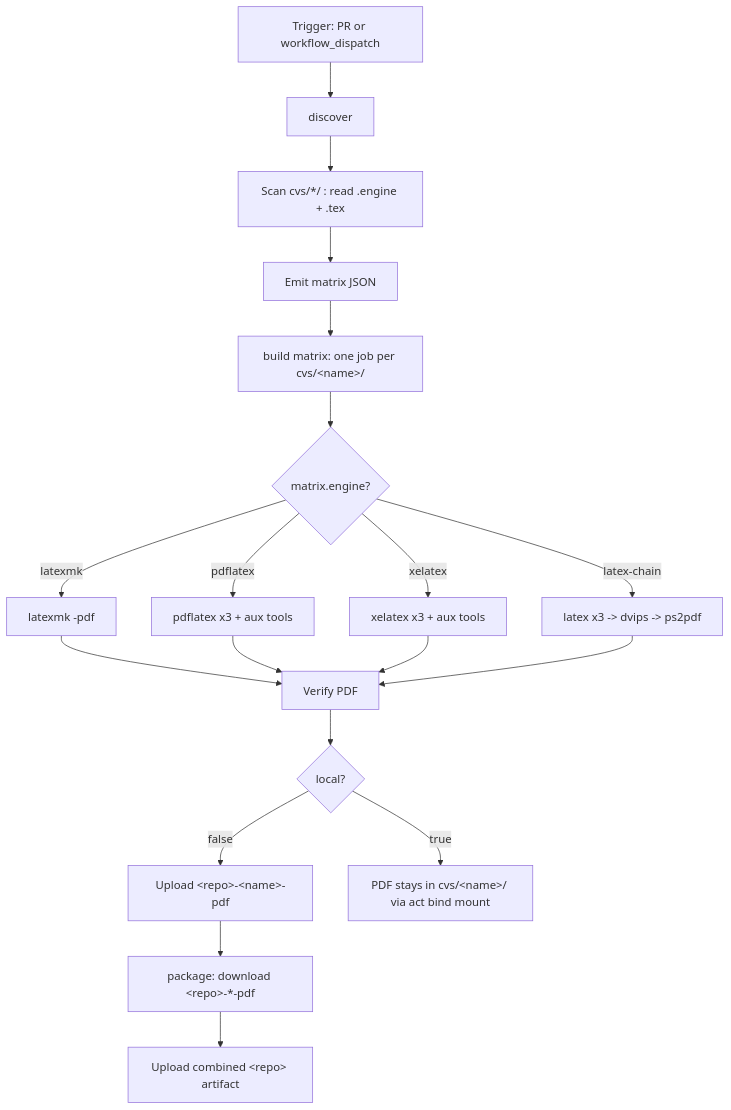
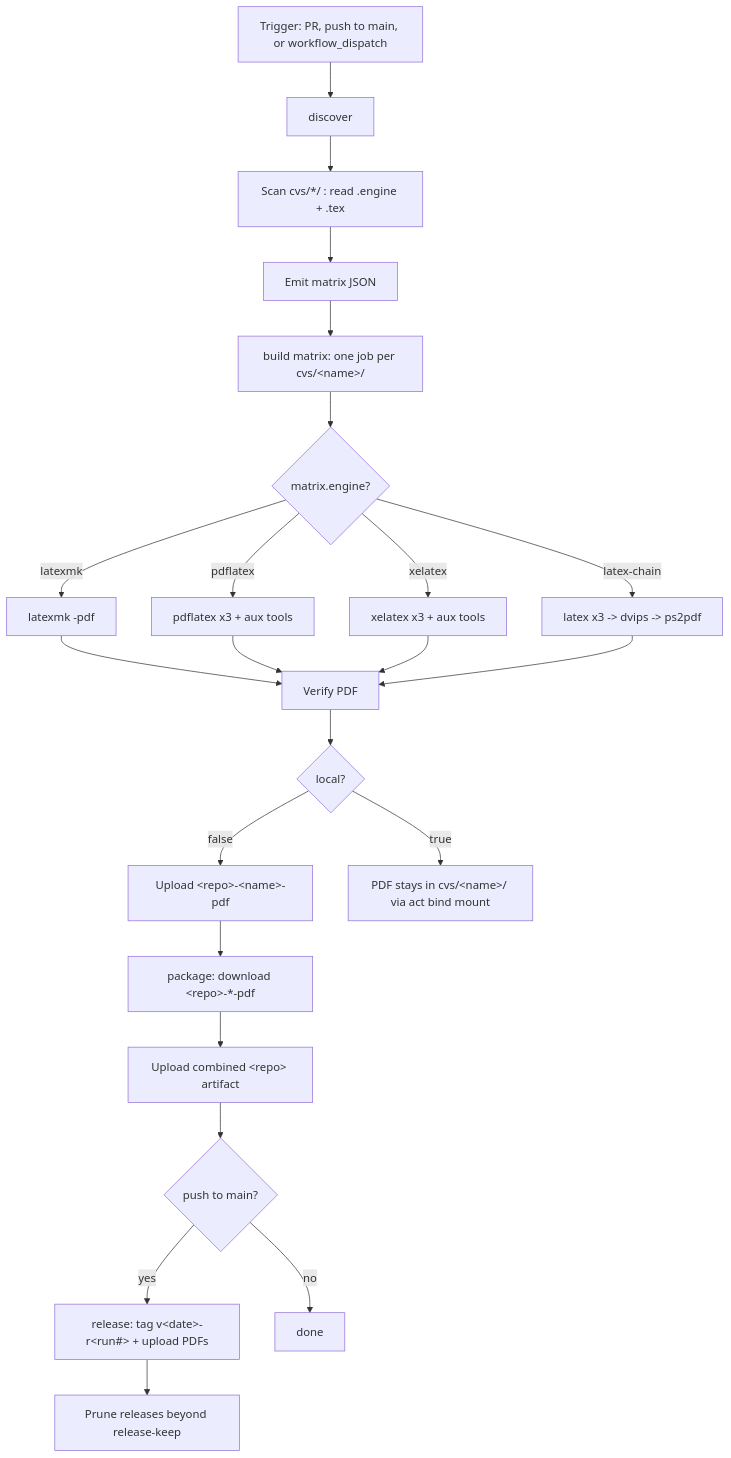
One commit to stklug84/curriculum-vitae changed the diagram in README.md. Above: the diagram before and after it, drawn with Mermaid. The commit also changed other lines of this file, not shown here.

````diff
--- a/README.md
+++ b/README.md
@@ -207,21 +279,25 @@
 ```mermaid
 flowchart TD
-  A[Trigger: PR or workflow_dispatch] --> B[discover]
+  A[Trigger: PR, push to main, or workflow_dispatch] --> B[discover]
   B --> C[Scan cvs/*/ : read .engine + .tex]
   C --> D[Emit matrix JSON]
   D --> E[build matrix: one job per cvs/&lt;name&gt;/]
   E --> F{matrix.engine?}
   F -- latexmk     --> G[latexmk -pdf]
   F -- pdflatex    --> H[pdflatex x3 + aux tools]
   F -- xelatex     --> I[xelatex x3 + aux tools]
   F -- latex-chain --> J[latex x3 -> dvips -> ps2pdf]
   G --> K[Verify PDF]
   H --> K
   I --> K
   J --> K
   K --> L{local?}
   L -- false --> M[Upload &lt;repo&gt;-&lt;name&gt;-pdf]
   L -- true  --> N[PDF stays in cvs/&lt;name&gt;/ via act bind mount]
   M --> O[package: download &lt;repo&gt;-*-pdf]
   O --> P[Upload combined &lt;repo&gt; artifact]
+  P --> Q{push to main?}
+  Q -- yes --> R[release: tag v&lt;date&gt;-r&lt;run#&gt; + upload PDFs]
+  R --> S[Prune releases beyond release-keep]
+  Q -- no --> T[done]
 ```
````
